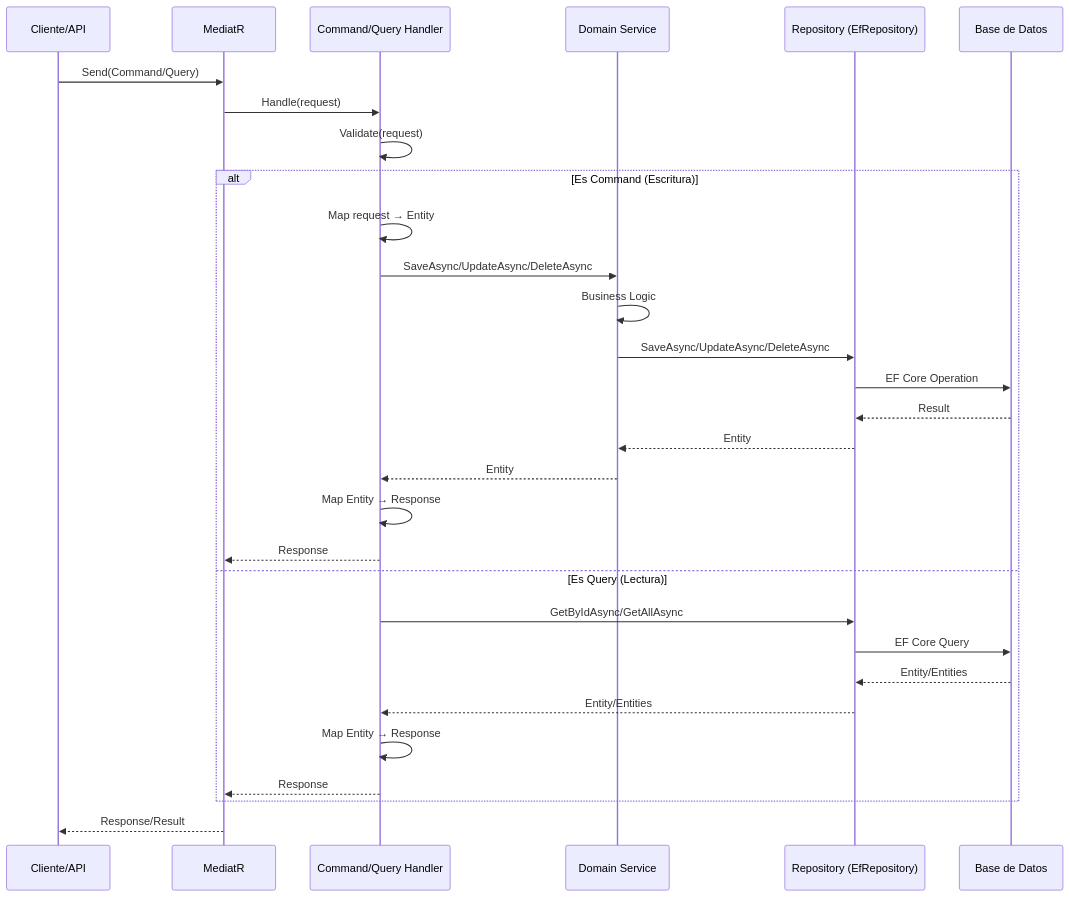
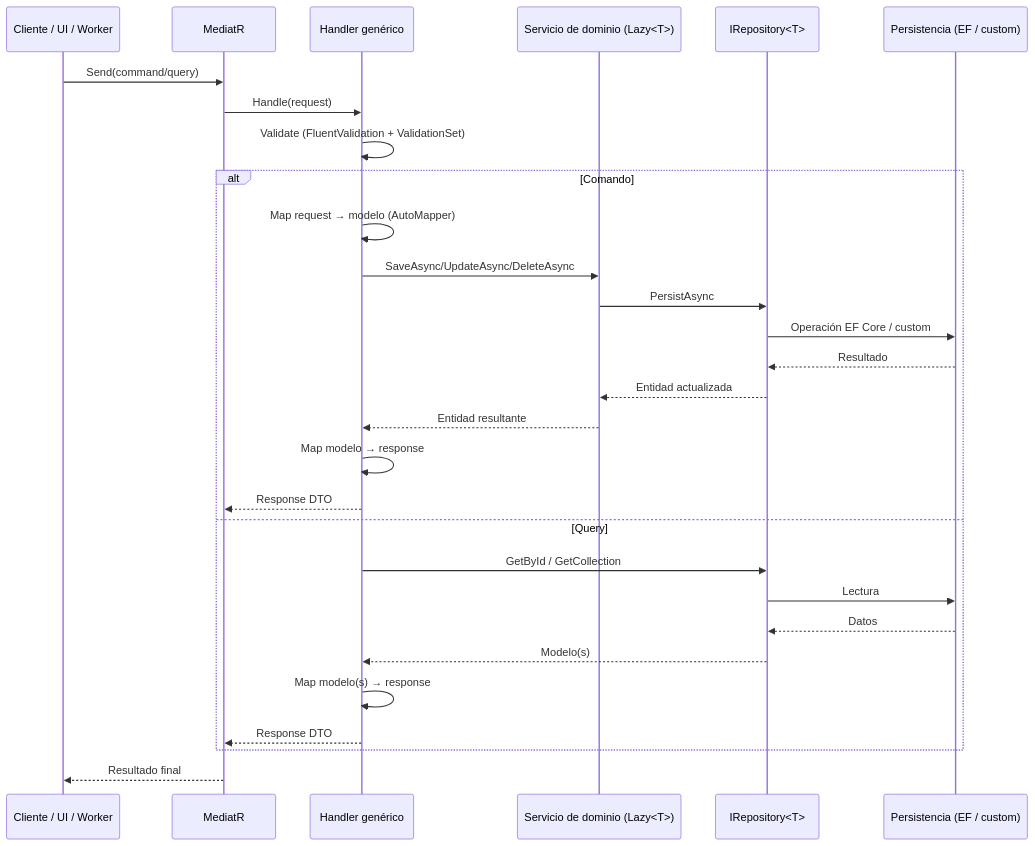
Before and after one commit to GbsoDev/Clean.Sdk: the third of 3 diagrams in architecture/index.md, drawn with Mermaid. The commit also changed other lines of this file and 12 other files, not shown here.

Commit message:
refactor: separate domain entities from models and update architecture docs

````diff
--- a/architecture/index.md
+++ b/architecture/index.md
@@ -336,35 +271,32 @@
 ```mermaid
 sequenceDiagram
-    participant Client as Cliente/API
-    participant MediatR as MediatR
-    participant Handler as Command/Query Handler
-    participant Service as Domain Service
-    participant Repo as Repository (EfRepository)
-    participant DB as Base de Datos
+    participant CLI as Cliente / UI / Worker
+    participant MED as MediatR
+    participant HND as Handler genérico
+    participant SRV as Servicio de dominio (Lazy<T>)
+    participant REP as IRepository<T>
+    participant DB as Persistencia (EF / custom)
 
-    Client->>MediatR: Send(Command/Query)
-    MediatR->>Handler: Handle(request)
-    Handler->>Handler: Validate(request)
-    
-    alt Es Command (Escritura)
-        Handler->>Handler: Map request → Entity
-        Handler->>Service: SaveAsync/UpdateAsync/DeleteAsync
-        Service->>Service: Business Logic
-        Service->>Repo: SaveAsync/UpdateAsync/DeleteAsync
-        Repo->>DB: EF Core Operation
-        DB-->>Repo: Result
-        Repo-->>Service: Entity
-        Service-->>Handler: Entity
-        Handler->>Handler: Map Entity → Response
-        Handler-->>MediatR: Response
-    else Es Query (Lectura)
-        Handler->>Repo: GetByIdAsync/GetAllAsync
-        Repo->>DB: EF Core Query
-        DB-->>Repo: Entity/Entities
-        Repo-->>Handler: Entity/Entities
-        Handler->>Handler: Map Entity → Response
-        Handler-->>MediatR: Response
+    CLI->>MED: Send(command/query)
+    MED->>HND: Handle(request)
+    HND->>HND: Validate (FluentValidation + ValidationSet)
+    alt Comando
+        HND->>HND: Map request → modelo (AutoMapper)
+        HND->>SRV: SaveAsync/UpdateAsync/DeleteAsync
+        SRV->>REP: PersistAsync
+        REP->>DB: Operación EF Core / custom
+        DB-->>REP: Resultado
+        REP-->>SRV: Entidad actualizada
+        SRV-->>HND: Entidad resultante
+        HND->>HND: Map modelo → response
+        HND-->>MED: Response DTO
+    else Query
+        HND->>REP: GetById / GetCollection
+        REP->>DB: Lectura
+        DB-->>REP: Datos
+        REP-->>HND: Modelo(s)
+        HND->>HND: Map modelo(s) → response
+        HND-->>MED: Response DTO
     end
-    
-    MediatR-->>Client: Response/Result
+    MED-->>CLI: Resultado final
 ```
````
